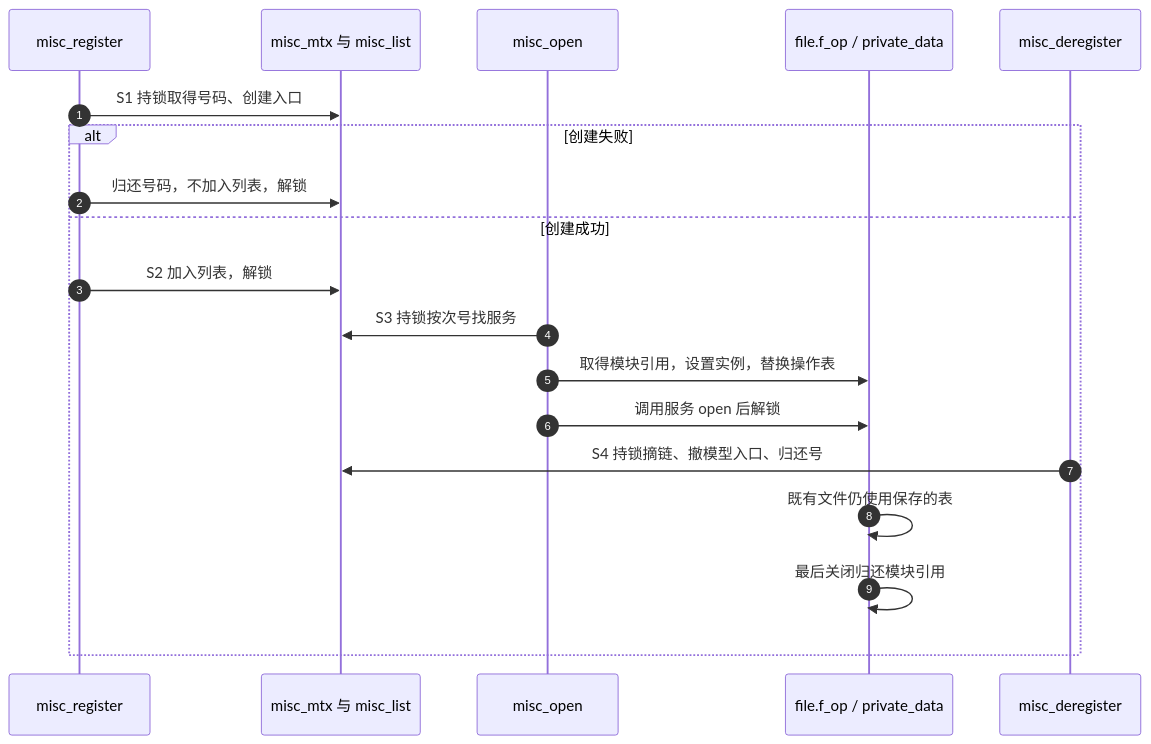
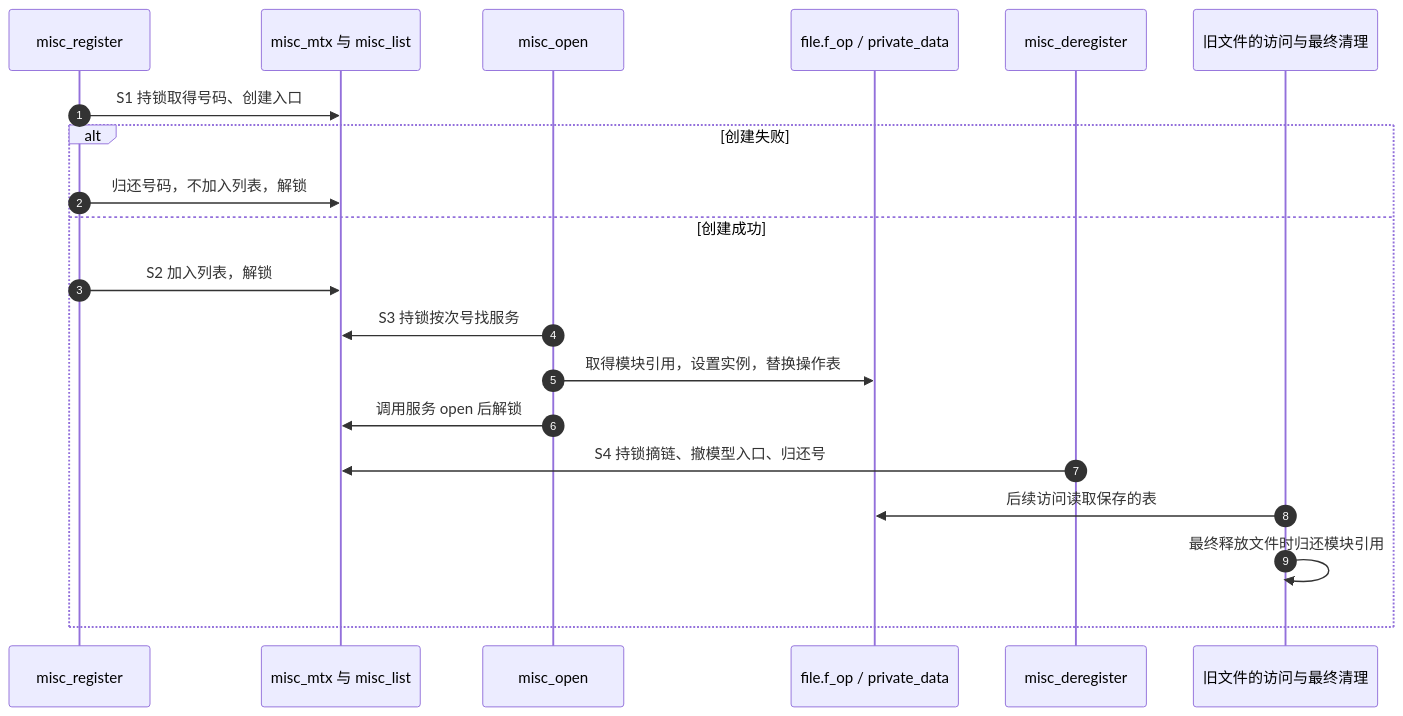
Before and after one commit to FormingSystem/linux_note: the second of 2 diagrams in research/source_reading/driver_entries/source_explanations/P01_对象创建与misc分派.md, drawn with Mermaid. The commit also changed other lines of this file and 3 other files, not shown here.

````diff
--- a/research/source_reading/driver_entries/source_explanations/P01_对象创建与misc分派.md
+++ b/research/source_reading/driver_entries/source_explanations/P01_对象创建与misc分派.md
@@ -237,21 +261,22 @@
 ```mermaid
 sequenceDiagram
     autonumber
     participant reg as misc_register
     participant state as misc_mtx 与 misc_list
     participant open as misc_open
     participant file as file.f_op / private_data
     participant del as misc_deregister
+    participant use as 旧文件的访问与最终清理
     reg->>state: S1 持锁取得号码、创建入口
     alt 创建失败
         reg->>state: 归还号码，不加入列表，解锁
     else 创建成功
         reg->>state: S2 加入列表，解锁
         open->>state: S3 持锁按次号找服务
         open->>file: 取得模块引用，设置实例，替换操作表
-        open->>file: 调用服务 open 后解锁
+        open->>state: 调用服务 open 后解锁
         del->>state: S4 持锁摘链、撤模型入口、归还号
-        file->>file: 既有文件仍使用保存的表
-        file->>file: 最后关闭归还模块引用
+        use->>file: 后续访问读取保存的表
+        use->>use: 最终释放文件时归还模块引用
     end
 ```
````
